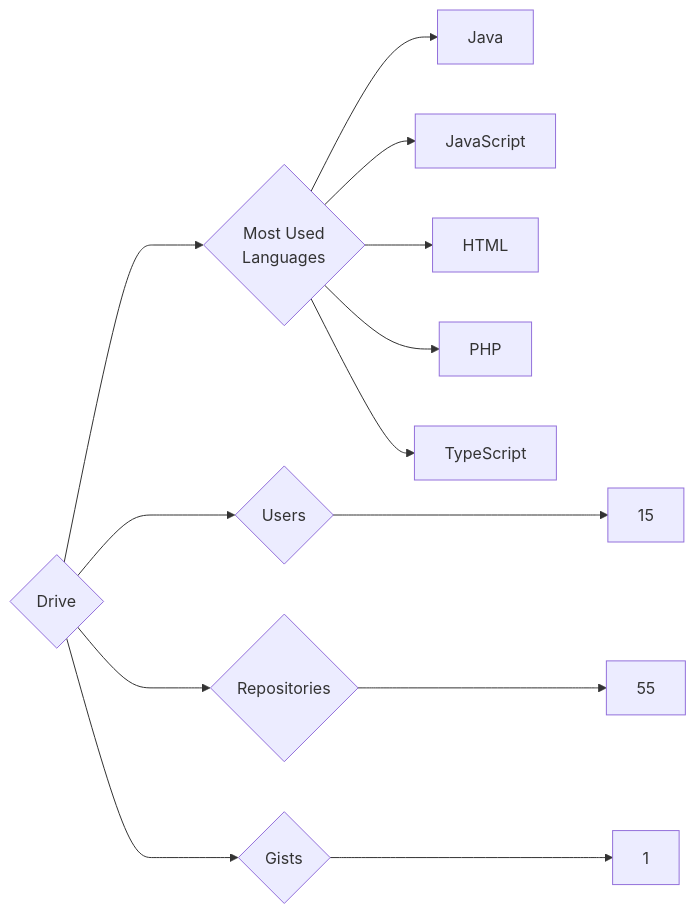
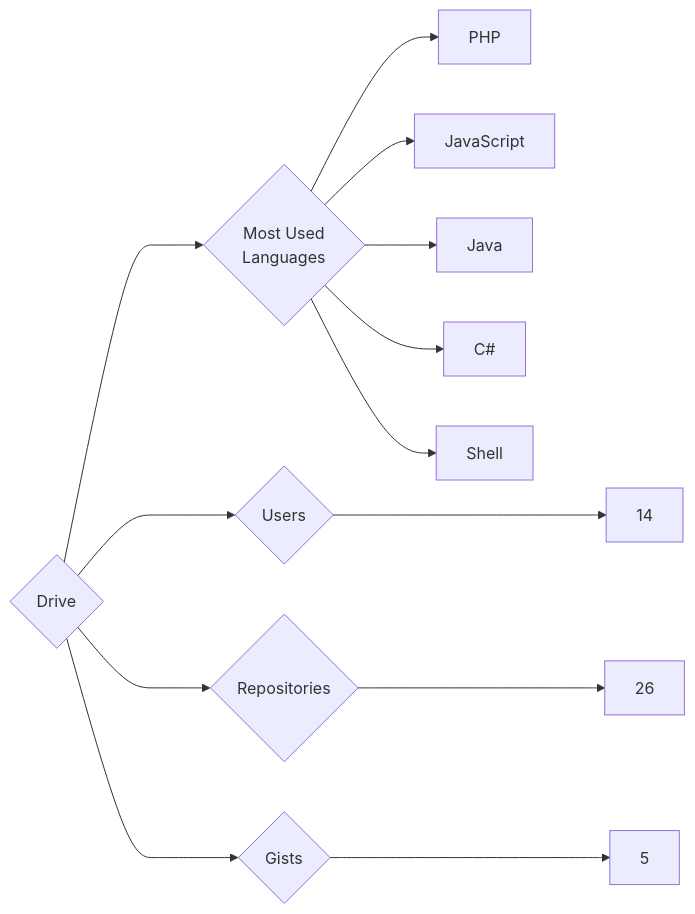
Before and after one commit to trickest/insiders: the diagram in targets/Drive/README.md, drawn with Mermaid. The commit also changed 682 other files, not shown here.

````diff
--- a/targets/Drive/README.md
+++ b/targets/Drive/README.md
@@ -3,13 +3,13 @@
 ```mermaid
 graph LR
 COMPANY_NAME{Drive}
-COMPANY_NAME ---> U{Users} ---> UN[15]
-COMPANY_NAME ---> R{Repositories} ---> RN[55]
-COMPANY_NAME ---> G{Gists} ---> GN[1]
+COMPANY_NAME ---> U{Users} ---> UN[14]
+COMPANY_NAME ---> R{Repositories} ---> RN[26]
+COMPANY_NAME ---> G{Gists} ---> GN[5]
 COMPANY_NAME ---> ML{Most Used<br>Languages}
+ML --> PHP[PHP]
+ML --> JavaScript[JavaScript]
 ML --> Java[Java]
-ML --> JavaScript[JavaScript]
-ML --> HTML[HTML]
-ML --> PHP[PHP]
-ML --> TypeScript[TypeScript]
+ML --> C#[C#]
+ML --> Shell[Shell]
 ```
````
